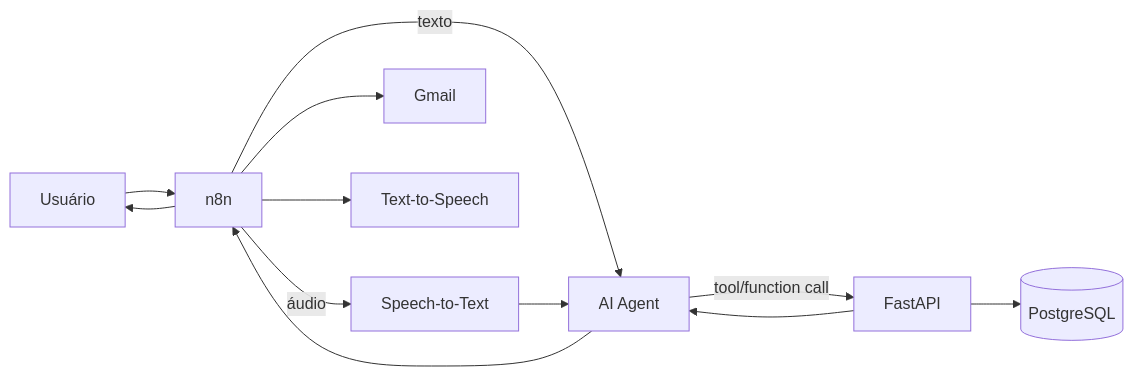
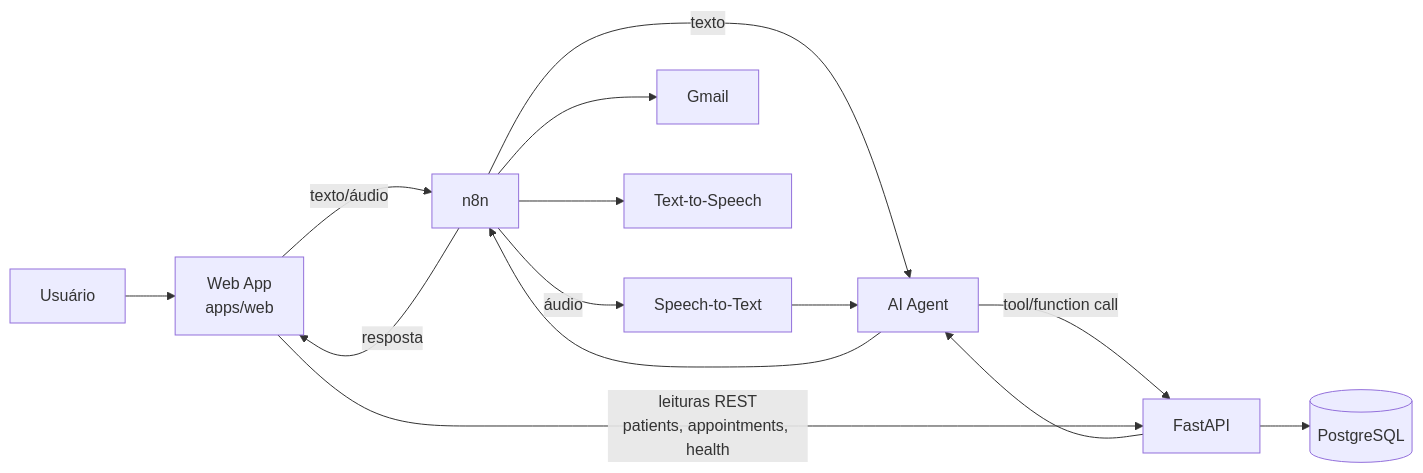
The first of 3 diagrams in docs/architecture.md (iansaft/essentia_ai_medical_scheduling_assistant), drawn with Mermaid before and after one commit. The commit also changed other lines of this file and 5 other files, not shown here.

````diff
--- a/docs/architecture.md
+++ b/docs/architecture.md
@@ -7,17 +7,19 @@
 ```mermaid
 flowchart LR
-    U[Usuário] --> N[n8n]
+    U[Usuário] --> W[Web App<br/>apps/web]
+    W -->|texto/áudio| N[n8n]
     N -->|texto| A[AI Agent]
     N -->|áudio| STT[Speech-to-Text]
     STT --> A
 
     A -->|tool/function call| API[FastAPI]
+    W -->|leituras REST<br/>patients, appointments, health| API
     API --> DB[(PostgreSQL)]
 
     API --> A
     A --> N
 
     N --> G[Gmail]
     N --> TTS[Text-to-Speech]
-    N --> U
+    N -->|resposta| W
 ```
````
